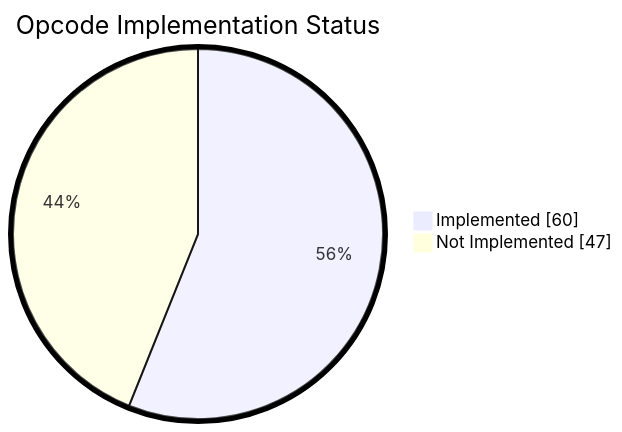
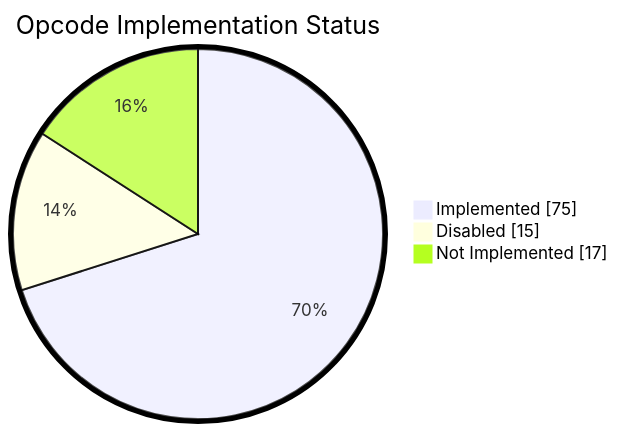
Before and after one commit to keep-starknet-strange/shinigami: the diagram in README.md, drawn with Mermaid. The commit also changed other lines of this file and 6 other files, not shown here.

````diff
--- a/README.md
+++ b/README.md
@@ -54,7 +54,8 @@
 ```mermaid
 %%{init: {"pie": {"textPosition": 0.75}, "themeVariables": {"pieOuterStrokeWidth": "5px"}} }%%
 pie showData
     title Opcode Implementation Status
-    "Implemented" : 60
-    "Not Implemented" : 47
+    "Implemented" : 75
+    "Disabled" : 15
+    "Not Implemented" : 17
 ```
````
